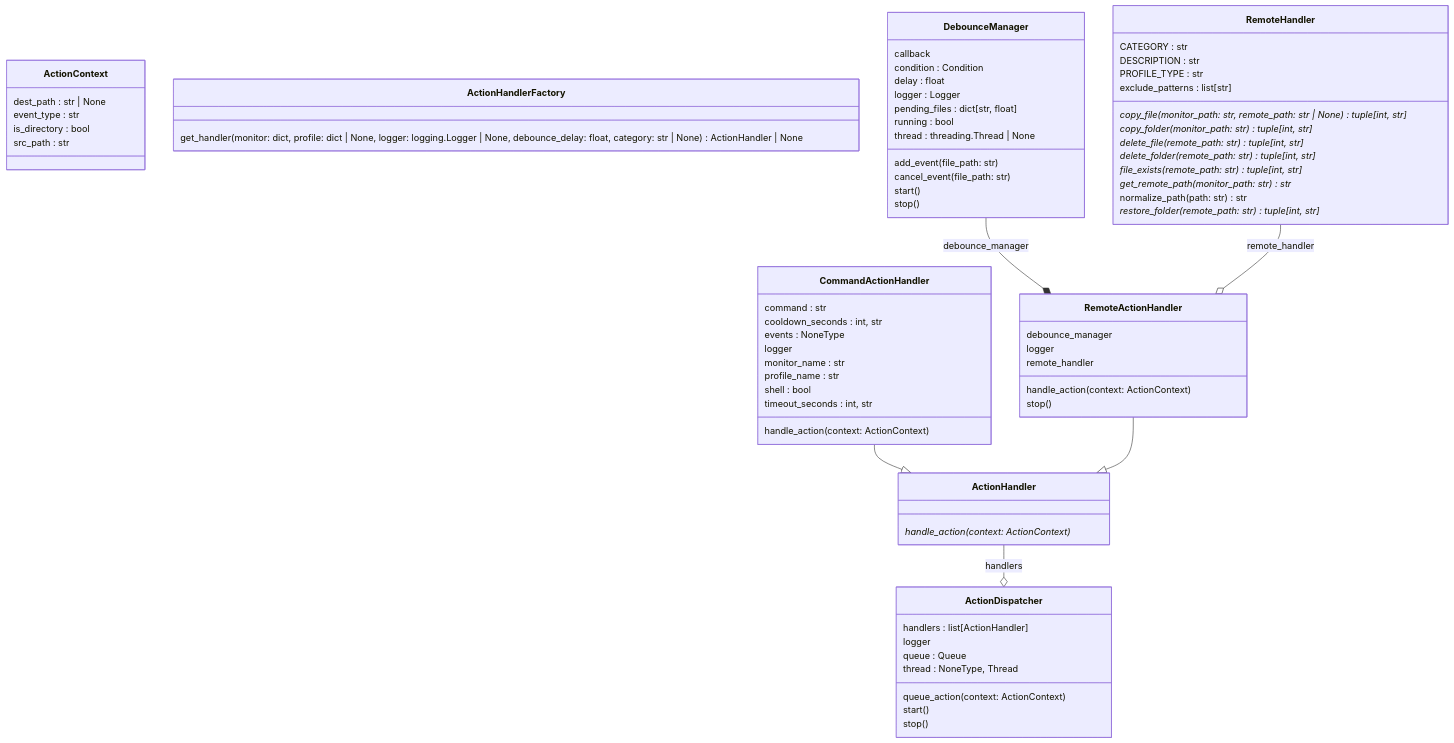
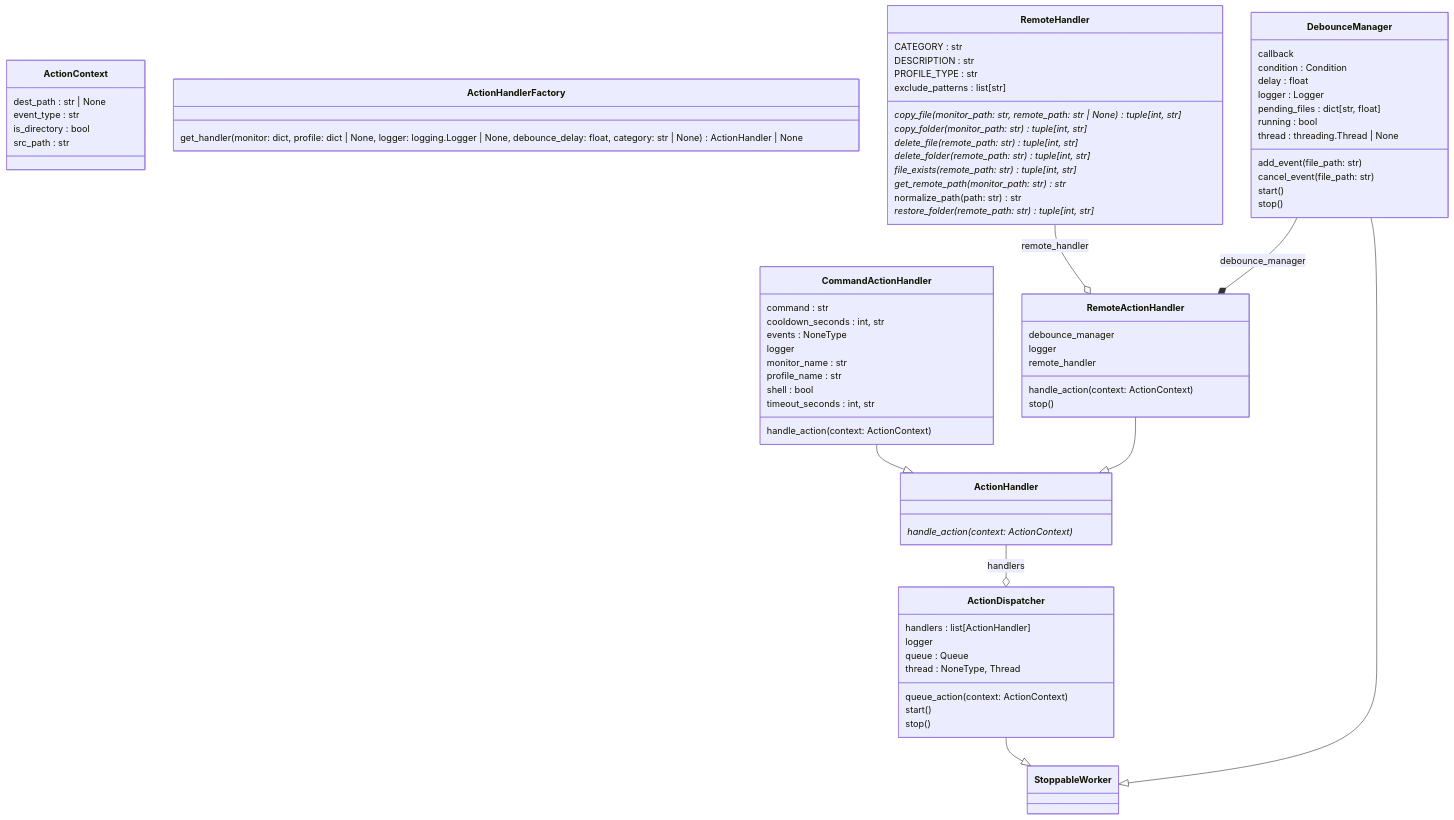
Before and after one commit to Transparent-Systems/monitorhub: the first of 2 diagrams in ARCHITECTURE.md, drawn with Mermaid. The commit also changed 2 other files, not shown here.

Commit message:
ActionHandler now extends StoppableWorker.

````diff
--- a/ARCHITECTURE.md
+++ b/ARCHITECTURE.md
@@ -8,74 +8,76 @@
 ```mermaid
 classDiagram
   class ActionContext {
     dest_path : str | None
     event_type : str
     is_directory : bool
     src_path : str
   }
   class ActionDispatcher {
     handlers : list[ActionHandler]
     logger
     queue : Queue
     thread : NoneType, Thread
     queue_action(context: ActionContext)
     start()
     stop()
   }
   class ActionHandler {
     handle_action(context: ActionContext)*
   }
   class ActionHandlerFactory {
     get_handler(monitor: dict, profile: dict | None, logger: logging.Logger | None, debounce_delay: float, category: str | None) ActionHandler | None
   }
   class CommandActionHandler {
     command : str
     cooldown_seconds : int, str
     events : NoneType
     logger
     monitor_name : str
     profile_name : str
     shell : bool
     timeout_seconds : int, str
     handle_action(context: ActionContext)
   }
   class DebounceManager {
     callback
     condition : Condition
     delay : float
     logger : Logger
     pending_files : dict[str, float]
     running : bool
     thread : threading.Thread | None
     add_event(file_path: str)
     cancel_event(file_path: str)
     start()
     stop()
   }
   class RemoteActionHandler {
     debounce_manager
     logger
     remote_handler
     handle_action(context: ActionContext)
     stop()
   }
   class RemoteHandler {
     CATEGORY : str
     DESCRIPTION : str
     PROFILE_TYPE : str
     exclude_patterns : list[str]
     copy_file(monitor_path: str, remote_path: str | None)* tuple[int, str]
     copy_folder(monitor_path: str)* tuple[int, str]
     delete_file(remote_path: str)* tuple[int, str]
     delete_folder(remote_path: str)* tuple[int, str]
     file_exists(remote_path: str)* tuple[int, str]
     get_remote_path(monitor_path: str)* str
     normalize_path(path: str) str
     restore_folder(remote_path: str)* tuple[int, str]
   }
+  ActionDispatcher --|> StoppableWorker
+  DebounceManager --|> StoppableWorker
   CommandActionHandler --|> ActionHandler
   RemoteActionHandler --|> ActionHandler
   DebounceManager --* RemoteActionHandler : debounce_manager
   ActionHandler --o ActionDispatcher : handlers
   RemoteHandler --o RemoteActionHandler : remote_handler
 ```
````
